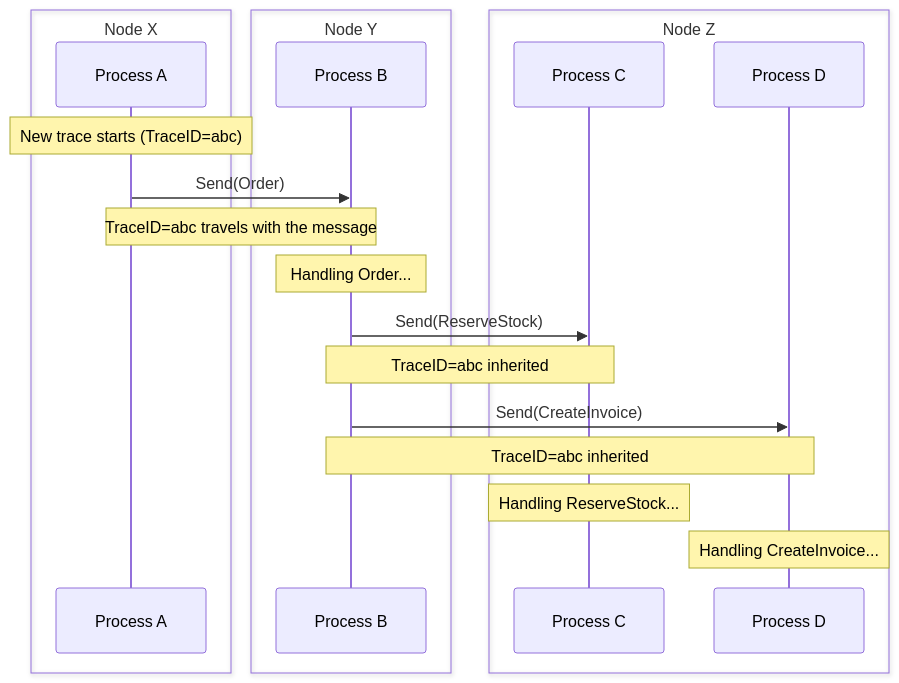
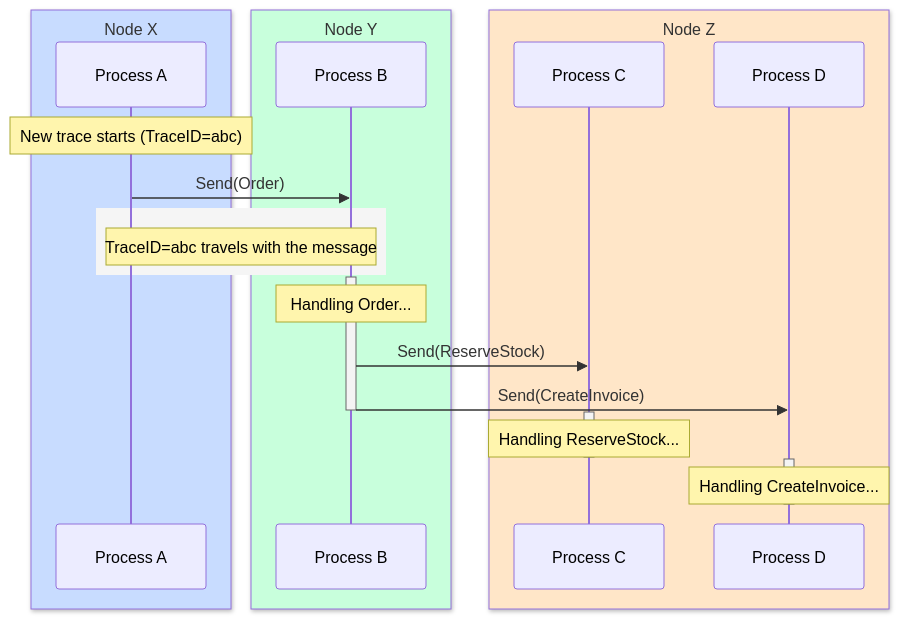
One commit to ergo-services/ergo changed the first of 9 diagrams in docs/advanced/distributed-tracing.md. Above: the diagram before and after it, drawn with Mermaid.

````diff
--- a/docs/advanced/distributed-tracing.md
+++ b/docs/advanced/distributed-tracing.md
@@ -18,28 +18,35 @@
 ```mermaid
 sequenceDiagram
-    box Node X
+    box rgb(200,220,255) Node X
     participant A as Process A
     end
-    box Node Y
+    box rgb(200,255,220) Node Y
     participant B as Process B
     end
-    box Node Z
+    box rgb(255,230,200) Node Z
     participant C as Process C
     participant D as Process D
     end
 
     Note over A: New trace starts (TraceID=abc)
 
     A->>B: Send(Order)
+    rect rgb(245,245,245)
     Note over A,B: TraceID=abc travels with the message
+    end
 
+    activate B
     Note over B: Handling Order...
 
     B->>C: Send(ReserveStock)
-    Note over B,C: TraceID=abc inherited
     B->>D: Send(CreateInvoice)
-    Note over B,D: TraceID=abc inherited
+    deactivate B
 
+    activate C
     Note over C: Handling ReserveStock...
+    deactivate C
+
+    activate D
     Note over D: Handling CreateInvoice...
+    deactivate D
 ```
````
